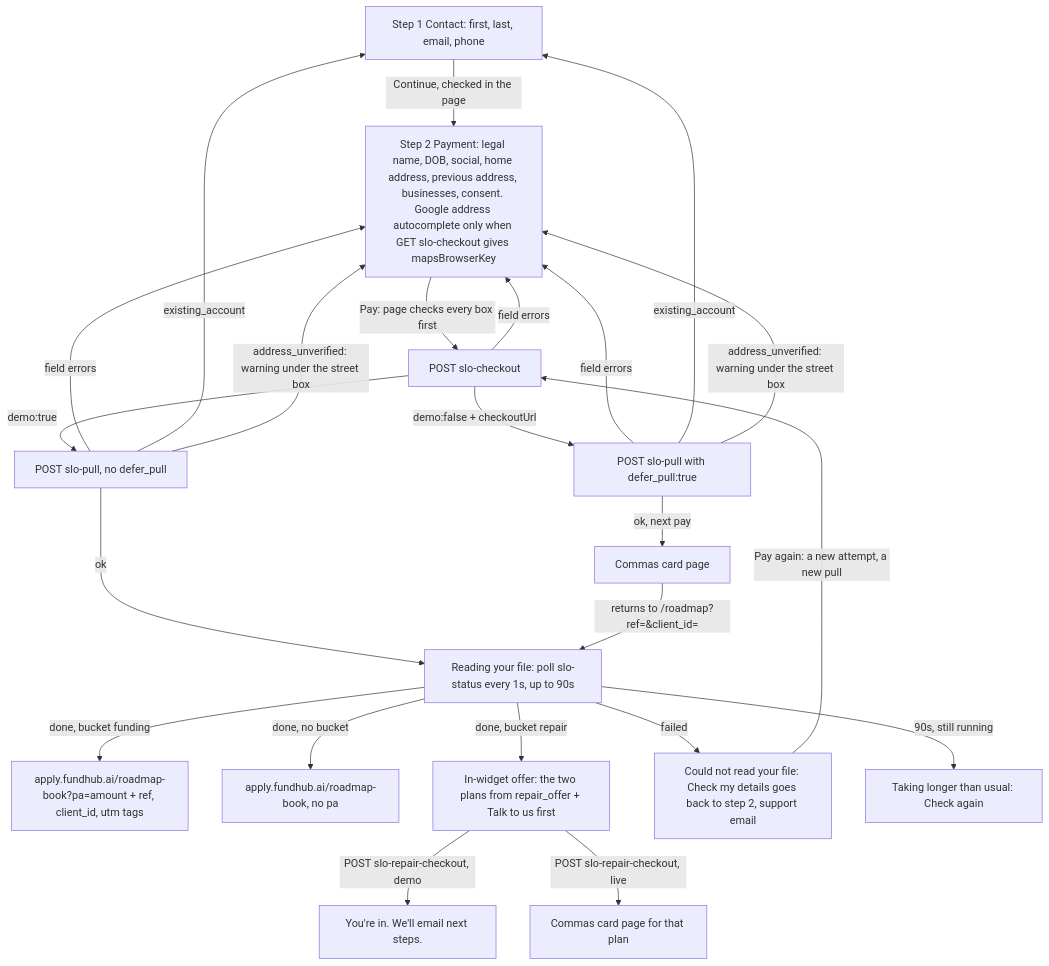
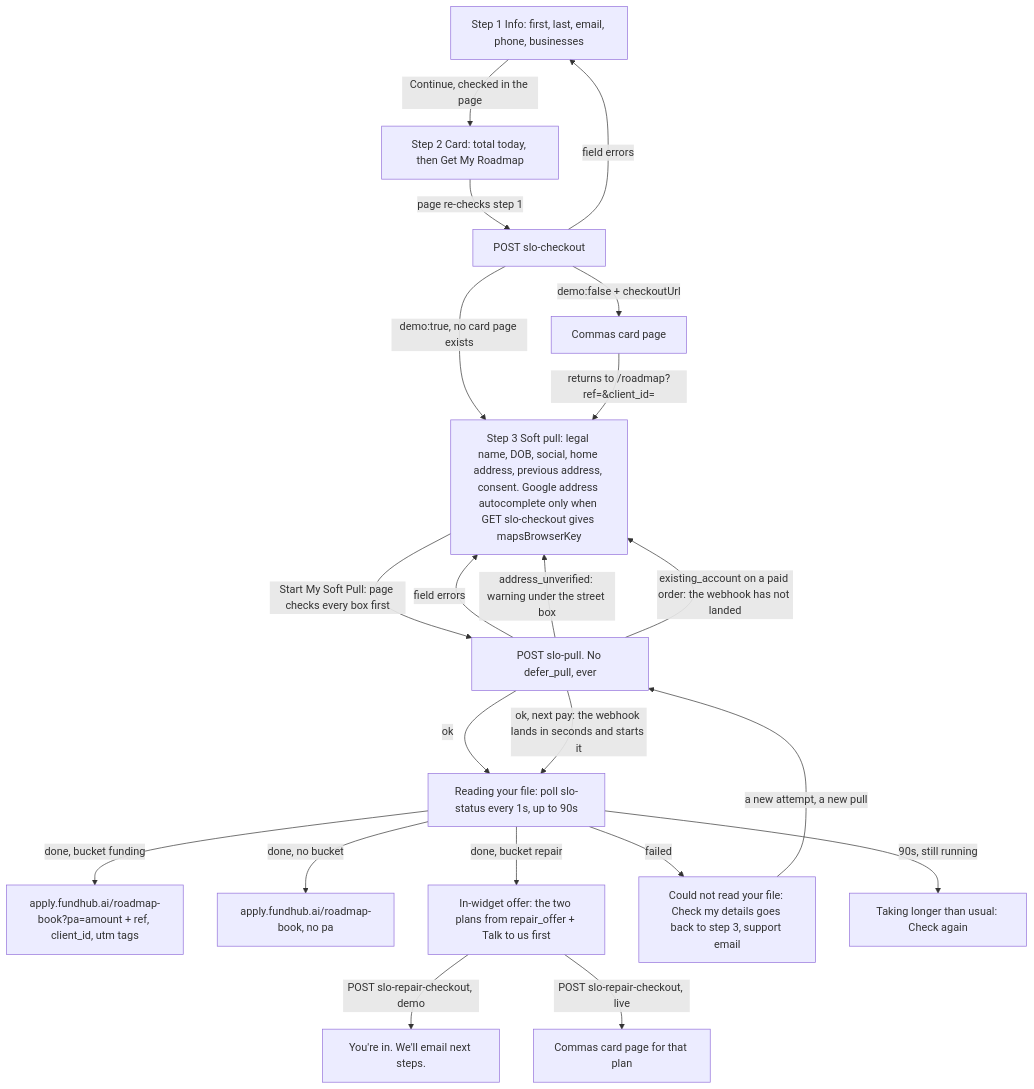
Before and after one commit to ZootimusMaximusSupreme/Fundhub_ai: the second of 2 diagrams in docs/journeys/slo-roadmap-widget-flow.md, drawn with Mermaid. The commit also changed other lines of this file and 3 other files, not shown here.

First line of the commit message:
Ask for the card before the Social Security number: /roadmap is three steps.

````diff
--- a/docs/journeys/slo-roadmap-widget-flow.md
+++ b/docs/journeys/slo-roadmap-widget-flow.md
@@ -107,25 +113,23 @@
 ```mermaid
 flowchart TD
-    A[Step 1 Contact: first, last, email, phone] -->|Continue, checked in the page| B[Step 2 Payment: legal name, DOB, social, home address, previous address, businesses, consent. Google address autocomplete only when GET slo-checkout gives mapsBrowserKey]
-    B -->|Pay: page checks every box first| C[POST slo-checkout]
-    C -->|field errors| B
-    C -->|demo:true| D[POST slo-pull, no defer_pull]
-    C -->|demo:false + checkoutUrl| E[POST slo-pull with defer_pull:true]
-    D -->|field errors| B
-    E -->|field errors| B
-    D -->|existing_account| A
-    E -->|existing_account| A
-    D -->|address_unverified: warning under the street box| B
-    E -->|address_unverified: warning under the street box| B
+    A[Step 1 Info: first, last, email, phone, businesses] -->|Continue, checked in the page| B[Step 2 Card: total today, then Get My Roadmap]
+    B -->|page re-checks step 1| C[POST slo-checkout]
+    C -->|field errors| A
+    C -->|demo:true, no card page exists| S3
+    C -->|demo:false + checkoutUrl| G[Commas card page]
+    G -->|returns to /roadmap?ref=&client_id=| S3[Step 3 Soft pull: legal name, DOB, social, home address, previous address, consent. Google address autocomplete only when GET slo-checkout gives mapsBrowserKey]
+    S3 -->|Start My Soft Pull: page checks every box first| D[POST slo-pull. No defer_pull, ever]
+    D -->|field errors| S3
+    D -->|address_unverified: warning under the street box| S3
+    D -->|existing_account on a paid order: the webhook has not landed| S3
     D -->|ok| F[Reading your file: poll slo-status every 1s, up to 90s]
-    E -->|ok, next pay| G[Commas card page]
-    G -->|returns to /roadmap?ref=&client_id=| F
+    D -->|ok, next pay: the webhook lands in seconds and starts it| F
     F -->|done, bucket funding| H[apply.fundhub.ai/roadmap-book?pa=amount + ref, client_id, utm tags]
     F -->|done, no bucket| I[apply.fundhub.ai/roadmap-book, no pa]
     F -->|done, bucket repair| J[In-widget offer: the two plans from repair_offer + Talk to us first]
-    F -->|failed| K[Could not read your file: Check my details goes back to step 2, support email]
-    K -->|Pay again: a new attempt, a new pull| C
+    F -->|failed| K[Could not read your file: Check my details goes back to step 3, support email]
+    K -->|a new attempt, a new pull| D
     F -->|90s, still running| L[Taking longer than usual: Check again]
     J -->|POST slo-repair-checkout, demo| M[You're in. We'll email next steps.]
     J -->|POST slo-repair-checkout, live| N[Commas card page for that plan]
 ```
````
